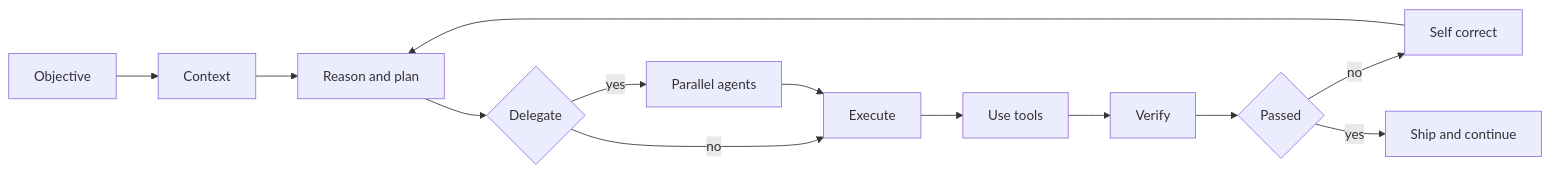
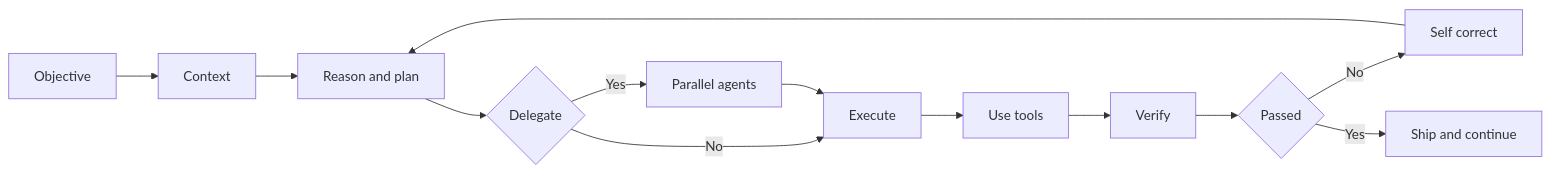
One commit to hackers-reality/hackers-reality changed the first of 5 diagrams in README.md. Above: the diagram before and after it, drawn with Mermaid. The commit also changed other lines of this file, not shown here.

Commit message:
Fix Mermaid flowchart syntax in profile README

````diff
--- a/README.md
+++ b/README.md
@@ -33,15 +33,15 @@
 ```mermaid
 flowchart LR
-    objective[Objective] --> context[Context]
-    context --> plan[Reason and plan]
-    plan --> decision{Delegate}
-    decision -->|yes| agents[Parallel agents]
-    decision -->|no| execute[Execute]
+    objective["Objective"] --> context["Context"]
+    context --> plan["Reason and plan"]
+    plan --> decision{"Delegate"}
+    decision -->|Yes| agents["Parallel agents"]
+    decision -->|No| execute["Execute"]
     agents --> execute
-    execute --> tools[Use tools]
-    tools --> verify[Verify]
-    verify --> result{Passed}
-    result -->|no| repair[Self correct]
+    execute --> tools["Use tools"]
+    tools --> verify["Verify"]
+    verify --> result{"Passed"}
+    result -->|No| repair["Self correct"]
     repair --> plan
-    result -->|yes| ship[Ship and continue]
+    result -->|Yes| ship["Ship and continue"]
 ```
````
